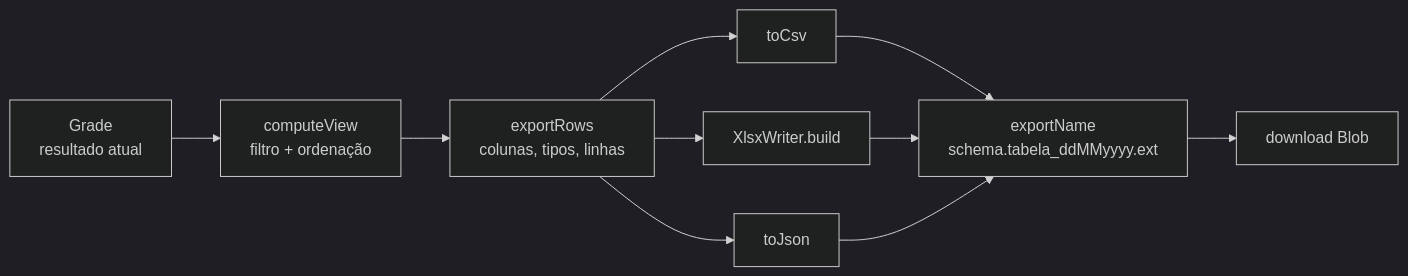
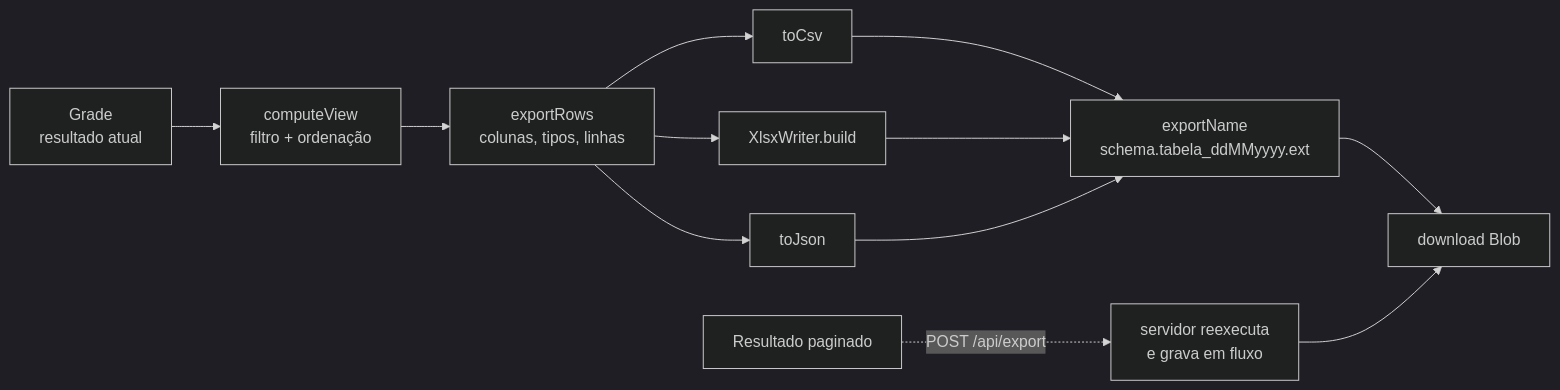
The fourth of 4 diagrams in docs/arquitetura.md (sinvalfelisberto/sql-server-admin), drawn with Mermaid (dark theme) before and after one commit. The commit also changed other lines of this file and 20 other files, not shown here.

````diff
--- a/docs/arquitetura.md
+++ b/docs/arquitetura.md
@@ -112,9 +112,10 @@
 ```mermaid
 flowchart LR
     G[Grade<br/>resultado atual] --> V[computeView<br/>filtro + ordenação]
     V --> X[exportRows<br/>colunas, tipos, linhas]
     X --> CSV[toCsv]
     X --> XL[XlsxWriter.build]
     X --> JS[toJson]
     CSV & XL & JS --> N[exportName<br/>schema.tabela_ddMMyyyy.ext] --> DL[download Blob]
+    P[Resultado paginado] -. POST /api/export .-> SRV[servidor reexecuta<br/>e grava em fluxo] --> DL
 ```
````
